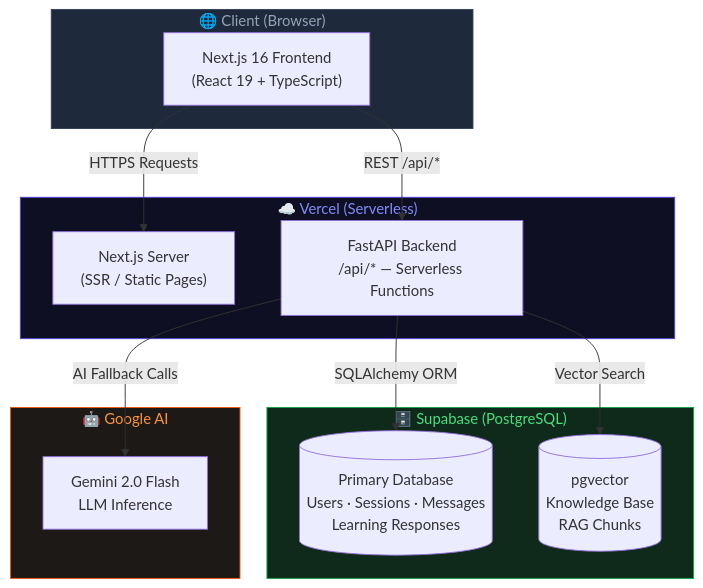
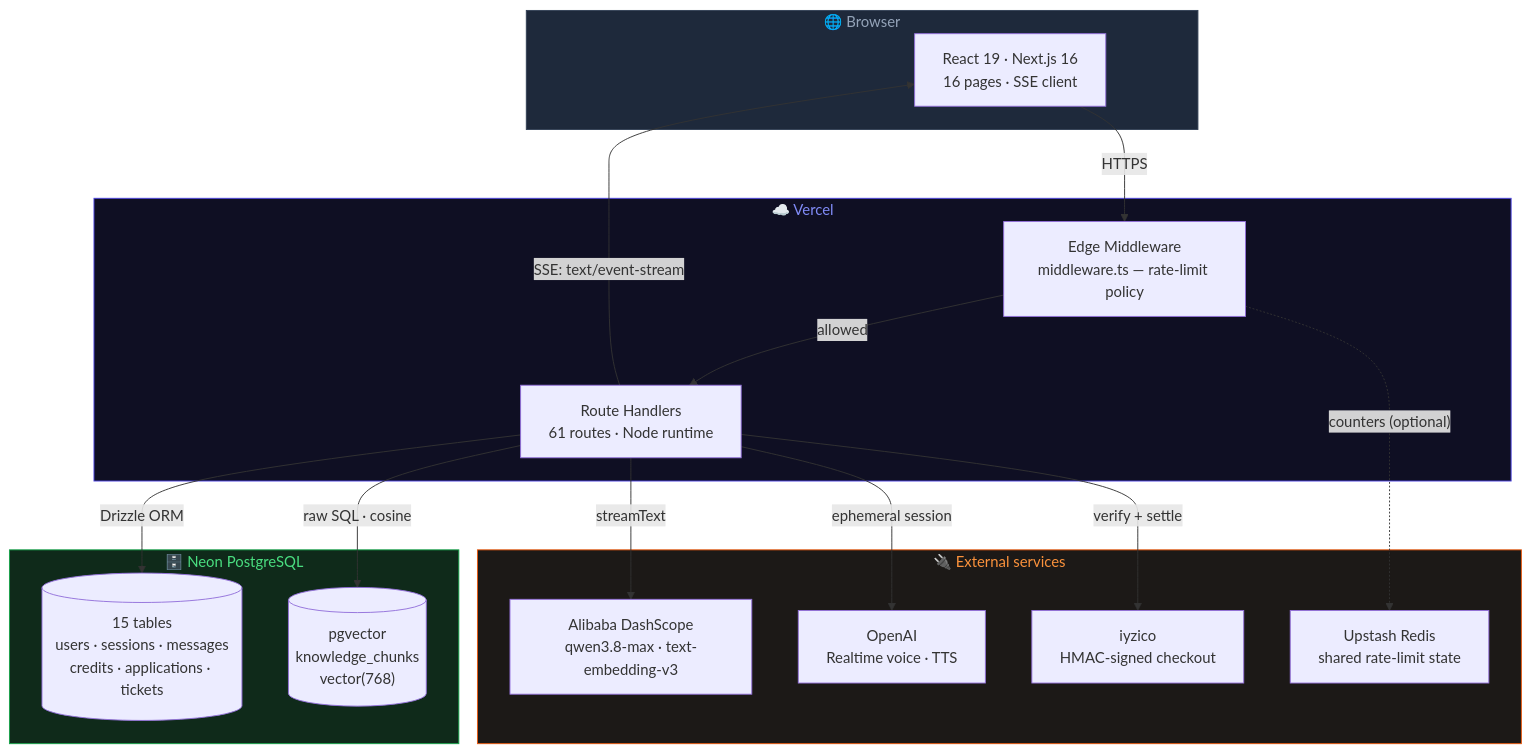
The first of 9 diagrams in ARCHITECTURE.md (hamzax180/TurkGateWay), drawn with Mermaid before and after one commit. The commit also changed other lines of this file and 268 other files, not shown here.

````diff
--- a/ARCHITECTURE.md
+++ b/ARCHITECTURE.md
@@ -9,31 +18,38 @@
 ```mermaid
 graph TB
-    subgraph CLIENT["🌐 Client (Browser)"]
-        UI["Next.js 16 Frontend\n(React 19 + TypeScript)"]
+    subgraph CLIENT["🌐 Browser"]
+        UI["React 19 · Next.js 16<br/>16 pages · SSE client"]
     end
 
-    subgraph VERCEL["☁️ Vercel (Serverless)"]
-        NEXT["Next.js Server\n(SSR / Static Pages)"]
-        API["FastAPI Backend\n/api/* — Serverless Functions"]
+    subgraph VERCEL["☁️ Vercel"]
+        MW["Edge Middleware<br/>middleware.ts — rate-limit policy"]
+        RT["Route Handlers<br/>61 routes · Node runtime"]
     end
 
-    subgraph SUPABASE["🗄️ Supabase (PostgreSQL)"]
-        DB[("Primary Database\nUsers · Sessions · Messages\nLearning Responses")]
-        VEC[("pgvector\nKnowledge Base\nRAG Chunks")]
+    subgraph DATA["🗄️ Neon PostgreSQL"]
+        DB[("15 tables<br/>users · sessions · messages<br/>credits · applications · tickets")]
+        VEC[("pgvector<br/>knowledge_chunks<br/>vector(768)")]
     end
 
-    subgraph GOOGLE["🤖 Google AI"]
-        GEMINI["Gemini 2.0 Flash\nLLM Inference"]
+    subgraph EXT["🔌 External services"]
+        QWEN["Alibaba DashScope<br/>qwen3.8-max · text-embedding-v3"]
+        OAI["OpenAI<br/>Realtime voice · TTS"]
+        IYZ["iyzico<br/>HMAC-signed checkout"]
+        RED["Upstash Redis<br/>shared rate-limit state"]
     end
 
-    UI -- "HTTPS Requests" --> NEXT
-    UI -- "REST /api/*" --> API
-    API -- "SQLAlchemy ORM" --> DB
-    API -- "Vector Search" --> VEC
-    API -- "AI Fallback Calls" --> GEMINI
+    UI -->|HTTPS| MW
+    MW -->|allowed| RT
+    MW -.->|"counters (optional)"| RED
+    RT -->|Drizzle ORM| DB
+    RT -->|raw SQL · cosine| VEC
+    RT -->|streamText| QWEN
+    RT -->|ephemeral session| OAI
+    RT -->|verify + settle| IYZ
+    RT -->|"SSE: text/event-stream"| UI
 
     style CLIENT fill:#1e293b,color:#94a3b8,stroke:#334155
     style VERCEL fill:#0f0f23,color:#818cf8,stroke:#4f46e5
-    style SUPABASE fill:#0f2a1a,color:#4ade80,stroke:#16a34a
-    style GOOGLE fill:#1c1917,color:#fb923c,stroke:#ea580c
+    style DATA fill:#0f2a1a,color:#4ade80,stroke:#16a34a
+    style EXT fill:#1c1917,color:#fb923c,stroke:#ea580c
 ```
````
